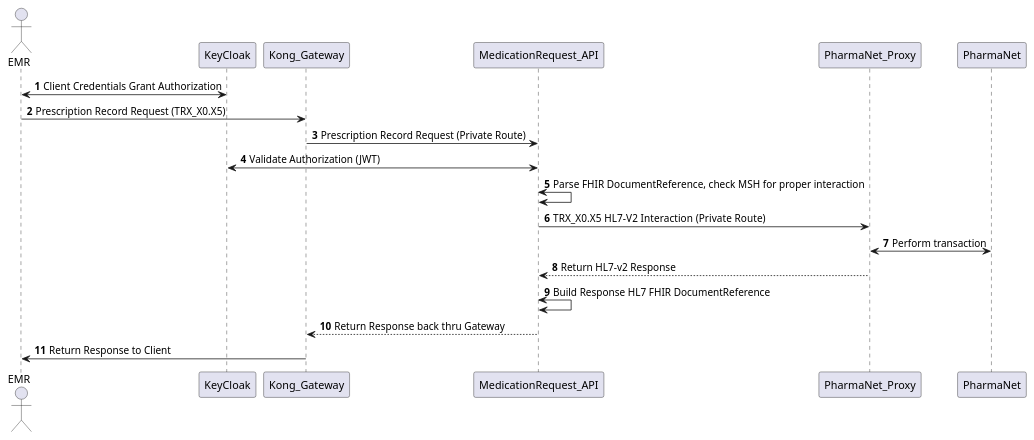
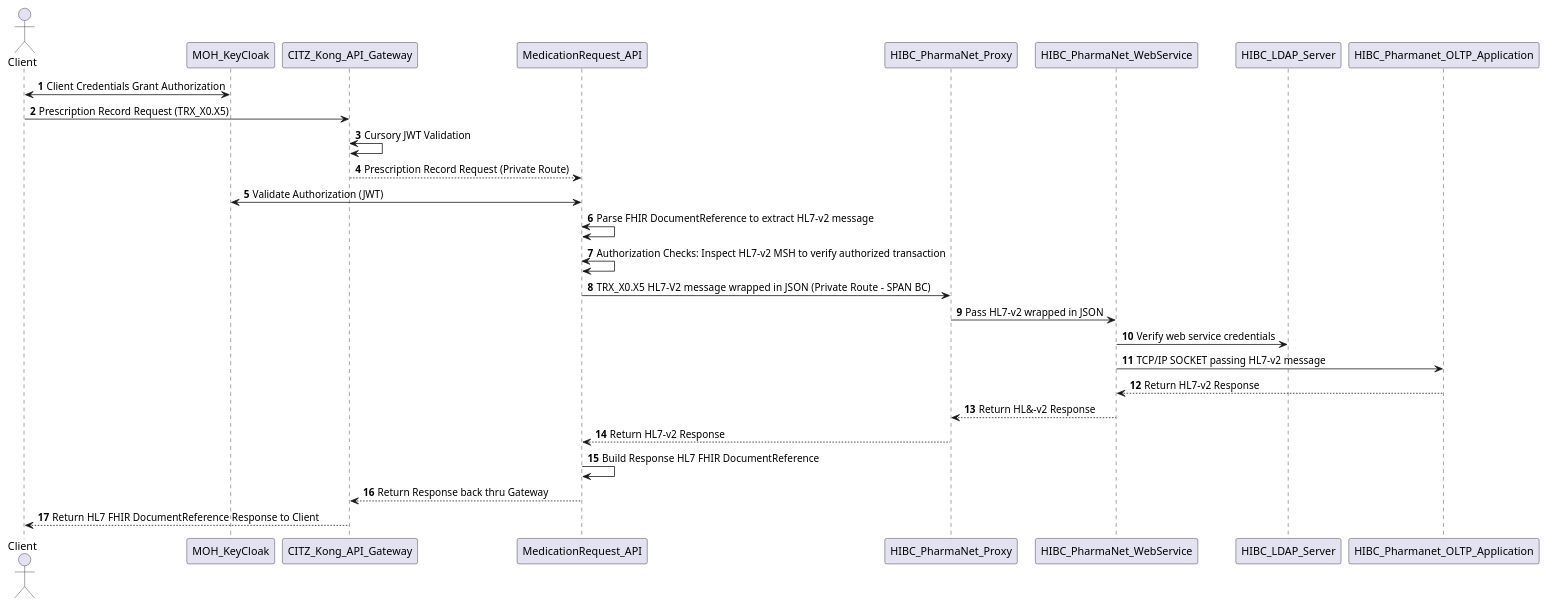
One commit to bcgov/moh-eRx changed the diagram in docs/diagrams/src/PNet_API_Flow.puml. Above: the diagram before and after it, drawn with PlantUML. The commit also changed 15 other files, not shown here.

```diff
--- a/docs/diagrams/src/PNet_API_Flow.puml
+++ b/docs/diagrams/src/PNet_API_Flow.puml
@@ -1,15 +1,21 @@
 @startuml PNet_API_Flow
 autonumber
-    actor EMR
-    EMR <-> KeyCloak : Client Credentials Grant Authorization
-    EMR -> Kong_Gateway : Prescription Record Request (TRX_X0.X5)
-    Kong_Gateway -> MedicationRequest_API : Prescription Record Request (Private Route)
-    MedicationRequest_API <-> KeyCloak : Validate Authorization (JWT)
-    MedicationRequest_API <-> MedicationRequest_API : Parse FHIR DocumentReference, check MSH for proper interaction
-    MedicationRequest_API -> PharmaNet_Proxy : TRX_X0.X5 HL7-V2 Interaction  (Private Route)
-    PharmaNet_Proxy <-> PharmaNet : Perform transaction
-    MedicationRequest_API <-- PharmaNet_Proxy : Return HL7-v2 Response
-    MedicationRequest_API <-> MedicationRequest_API : Build Response HL7 FHIR DocumentReference
-    Kong_Gateway <-- MedicationRequest_API : Return Response back thru Gateway
-    EMR <- Kong_Gateway : Return Response to Client
+    actor Client
+    Client <-> MOH_KeyCloak : Client Credentials Grant Authorization
+    Client -> CITZ_Kong_API_Gateway : Prescription Record Request (TRX_X0.X5)
+    CITZ_Kong_API_Gateway <-> CITZ_Kong_API_Gateway : Cursory JWT Validation
+    CITZ_Kong_API_Gateway --> MedicationRequest_API : Prescription Record Request (Private Route)
+    MedicationRequest_API <-> MOH_KeyCloak : Validate Authorization (JWT)
+    MedicationRequest_API <-> MedicationRequest_API : Parse FHIR DocumentReference to extract HL7-v2 message
+    MedicationRequest_API <-> MedicationRequest_API : Authorization Checks: Inspect HL7-v2 MSH to verify authorized transaction
+    MedicationRequest_API -> HIBC_PharmaNet_Proxy : TRX_X0.X5 HL7-V2 message wrapped in JSON  (Private Route - SPAN BC)
+    HIBC_PharmaNet_Proxy -> HIBC_PharmaNet_WebService : Pass HL7-v2 wrapped in JSON
+    HIBC_PharmaNet_WebService -> HIBC_LDAP_Server : Verify web service credentials
+    HIBC_PharmaNet_WebService -> HIBC_Pharmanet_OLTP_Application : TCP/IP SOCKET passing HL7-v2 message
+    HIBC_PharmaNet_WebService <-- HIBC_Pharmanet_OLTP_Application : Return HL7-v2 Response
+    HIBC_PharmaNet_Proxy <--  HIBC_PharmaNet_WebService : Return HL&-v2 Response
+    MedicationRequest_API <-- HIBC_PharmaNet_Proxy : Return HL7-v2 Response
+    MedicationRequest_API -> MedicationRequest_API : Build Response HL7 FHIR DocumentReference
+    CITZ_Kong_API_Gateway <-- MedicationRequest_API : Return Response back thru Gateway
+    Client <-- CITZ_Kong_API_Gateway : Return HL7 FHIR DocumentReference Response to Client
 @enduml
```
